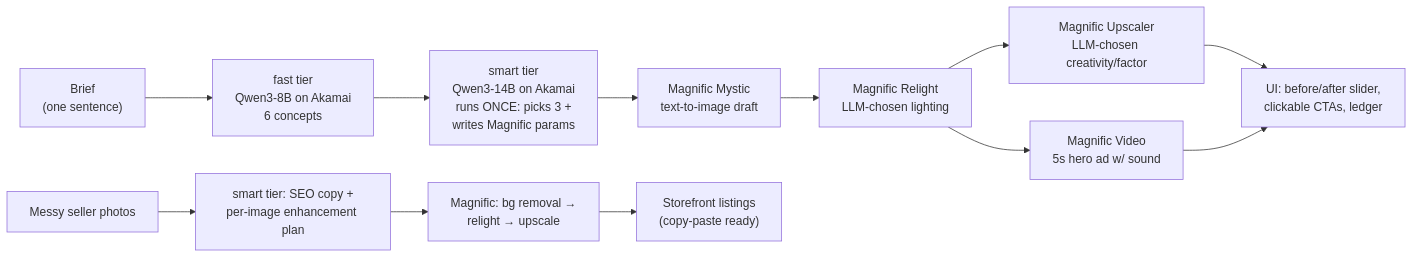
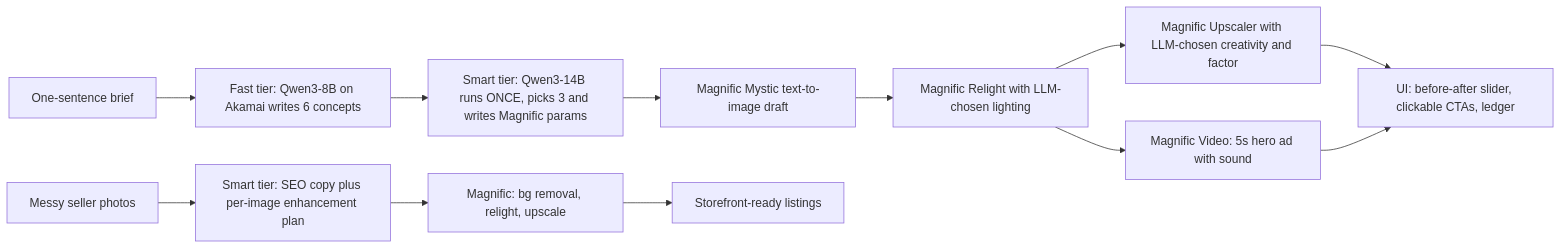
Before and after one commit to Kush614/Adbox: the diagram in README.md, drawn with Mermaid.

Commit message:
Fix mermaid diagram: remove HTML breaks + unicode arrows that broke GitHub's renderer

````diff
--- a/README.md
+++ b/README.md
@@ -85,15 +85,14 @@
 ```mermaid
 flowchart LR
-    A["Brief<br/>(one sentence)"] --> B["fast tier<br/>Qwen3-8B on Akamai<br/>6 concepts"]
-    B --> C["smart tier<br/>Qwen3-14B on Akamai<br/>runs ONCE: picks 3 +<br/>writes Magnific params"]
-    C --> D["Magnific Mystic<br/>text-to-image draft"]
-    D --> E["Magnific Relight<br/>LLM-chosen lighting"]
-    E --> F["Magnific Upscaler<br/>LLM-chosen creativity/factor"]
-    E --> G["Magnific Video<br/>5s hero ad w/ sound"]
-    F --> H["UI: before/after slider,<br/>clickable CTAs, ledger"]
+    A["One-sentence brief"] --> B["Fast tier: Qwen3-8B on Akamai writes 6 concepts"]
+    B --> C["Smart tier: Qwen3-14B runs ONCE, picks 3 and writes Magnific params"]
+    C --> D["Magnific Mystic text-to-image draft"]
+    D --> E["Magnific Relight with LLM-chosen lighting"]
+    E --> F["Magnific Upscaler with LLM-chosen creativity and factor"]
+    E --> G["Magnific Video: 5s hero ad with sound"]
+    F --> H["UI: before-after slider, clickable CTAs, ledger"]
     G --> H
-
-    I["Messy seller photos"] --> J["smart tier: SEO copy +<br/>per-image enhancement plan"]
-    J --> K["Magnific: bg removal →<br/>relight → upscale"]
-    K --> L["Storefront listings<br/>(copy-paste ready)"]
+    I["Messy seller photos"] --> J["Smart tier: SEO copy plus per-image enhancement plan"]
+    J --> K["Magnific: bg removal, relight, upscale"]
+    K --> L["Storefront-ready listings"]
 ```
````
